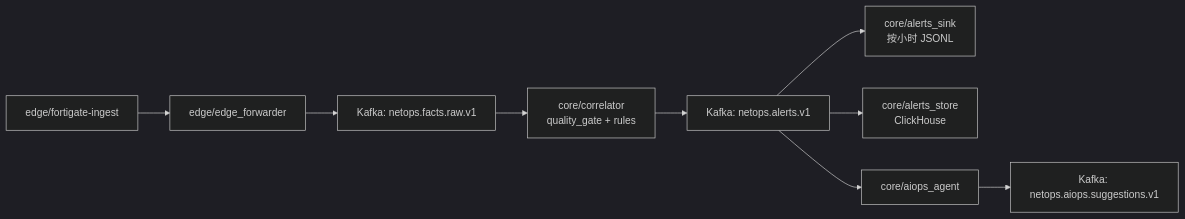
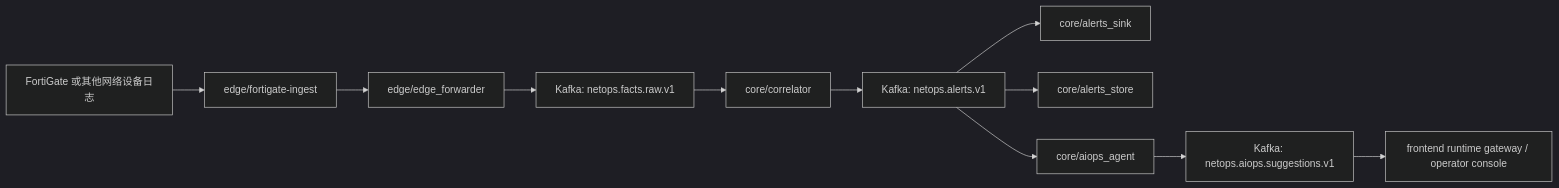
One commit to Epochex/Netops-Hybird-AIOps-Platform changed the diagram in README_CN.md. Above: the diagram before and after it, drawn with Mermaid (dark theme). The commit also changed other lines of this file and 1 other file, not shown here.

````diff
--- a/README_CN.md
+++ b/README_CN.md
@@ -50,11 +24,13 @@
 ```mermaid
 flowchart LR
-  A[edge/fortigate-ingest] --> B[edge/edge_forwarder]
-  B --> C[Kafka: netops.facts.raw.v1]
-  C --> D[core/correlator<br/>quality_gate + rules]
-  D --> E[Kafka: netops.alerts.v1]
-  E --> F[core/alerts_sink<br/>按小时 JSONL]
-  E --> G[core/alerts_store<br/>ClickHouse]
-  E --> H[core/aiops_agent]
-  H --> I[Kafka: netops.aiops.suggestions.v1]
+  A[FortiGate 或其他网络设备日志] --> B[edge/fortigate-ingest]
+  B --> C[edge/edge_forwarder]
+  C --> D[Kafka: netops.facts.raw.v1]
+  D --> E[core/correlator]
+  E --> F[Kafka: netops.alerts.v1]
+  F --> G[core/alerts_sink]
+  F --> H[core/alerts_store]
+  F --> I[core/aiops_agent]
+  I --> J[Kafka: netops.aiops.suggestions.v1]
+  J --> K[frontend runtime gateway / operator console]
 ```
````
